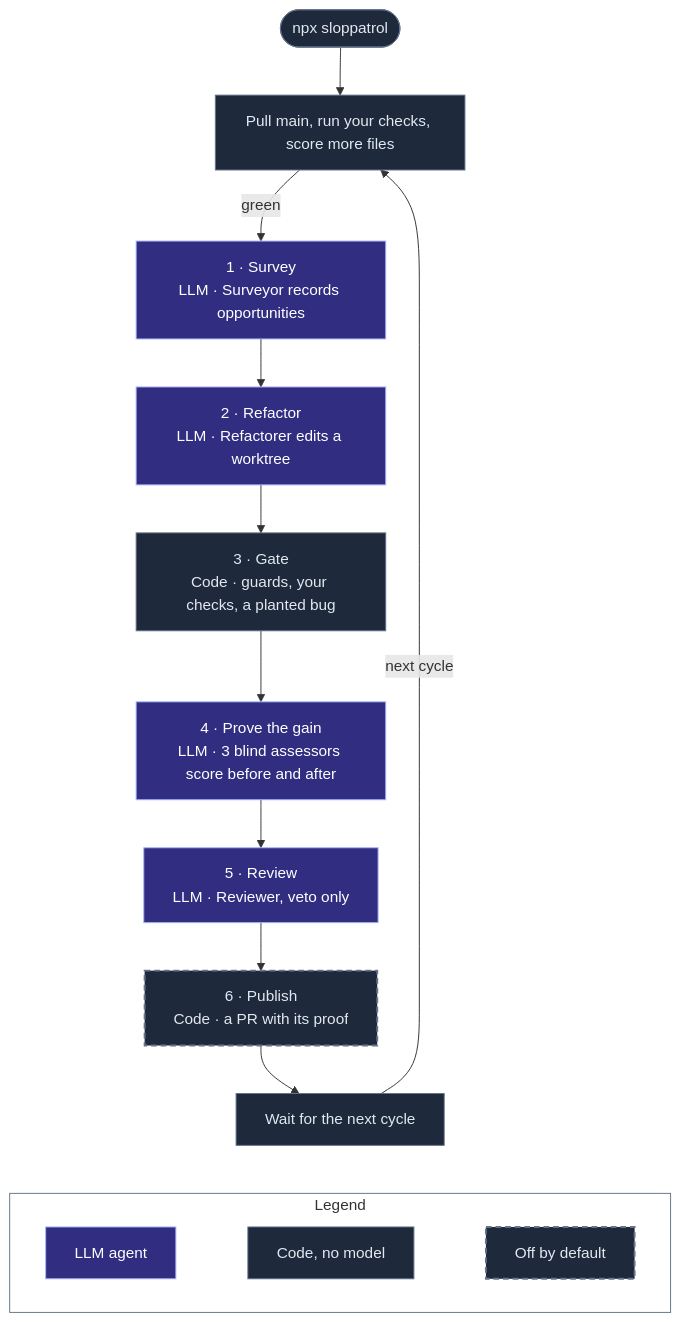
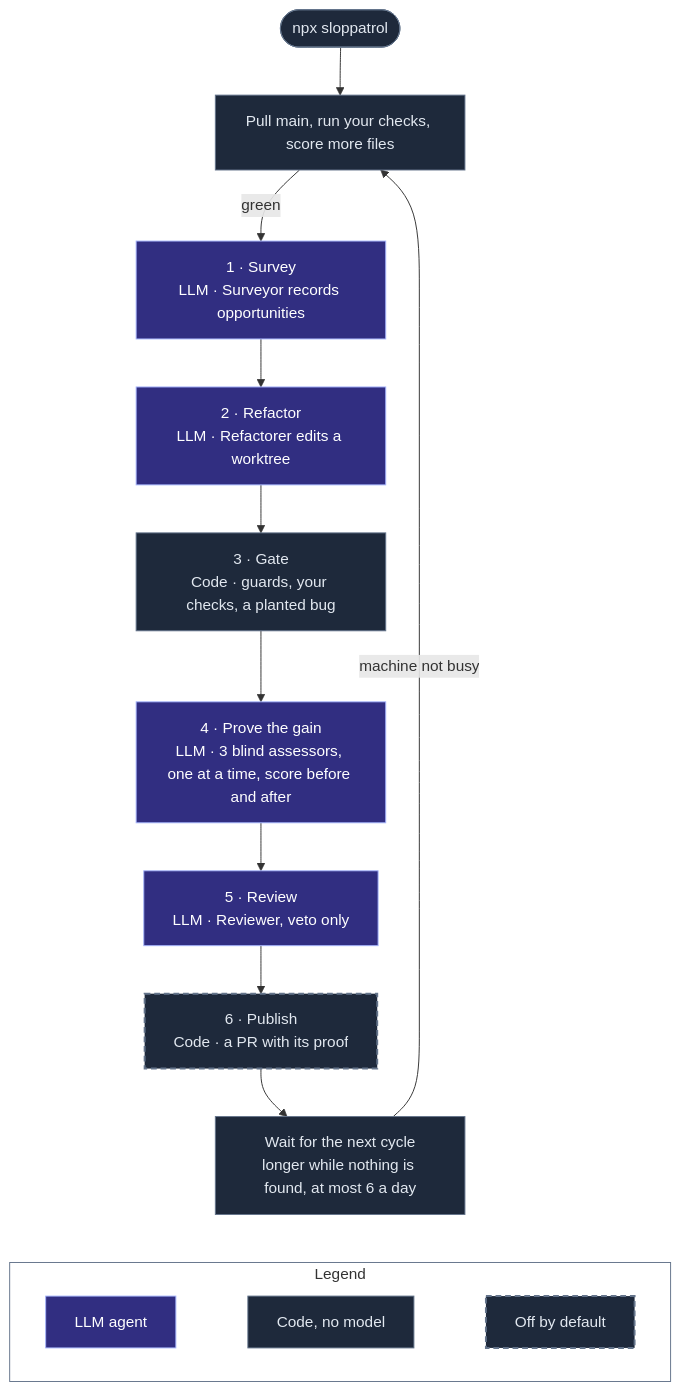
The diagram in README.md (agent-labs-dev/sloppatrol), drawn with Mermaid before and after one commit. The commit also changed other lines of this file and 7 other files, not shown here.

````diff
--- a/README.md
+++ b/README.md
@@ -29,26 +31,26 @@
 ```mermaid
 flowchart TB
   start(["npx sloppatrol"]) --> pull["Pull main, run your checks, score more files"]
   pull -->|green| survey["1 · Survey<br/>LLM · Surveyor records opportunities"]
   survey --> refactor["2 · Refactor<br/>LLM · Refactorer edits a worktree"]
   refactor --> gate["3 · Gate<br/>Code · guards, your checks, a planted bug"]
-  gate --> assess["4 · Prove the gain<br/>LLM · 3 blind assessors score before and after"]
+  gate --> assess["4 · Prove the gain<br/>LLM · 3 blind assessors, one at a time, score before and after"]
   assess --> review["5 · Review<br/>LLM · Reviewer, veto only"]
   review --> publish["6 · Publish<br/>Code · a PR with its proof"]
-  publish --> wait["Wait for the next cycle"]
-  wait -->|"next cycle"| pull
+  publish --> wait["Wait for the next cycle<br/>longer while nothing is found, at most 6 a day"]
+  wait -->|"machine not busy"| pull
 
   subgraph legend ["Legend"]
     direction LR
     l1["LLM agent"] ~~~ l3["Code, no model"] ~~~ l4["Off by default"]
   end
   wait ~~~ legend
 
   classDef llm fill:#312e81,stroke:#a5b4fc,color:#ffffff
   classDef code fill:#1e293b,stroke:#64748b,color:#e2e8f0
   classDef opt fill:#1e293b,stroke:#64748b,color:#e2e8f0,stroke-width:2px,stroke-dasharray:6 4
   class survey,refactor,assess,review,l1 llm
   class start,pull,gate,wait,l3 code
   class publish,l4 opt
   style legend fill:transparent,stroke:#64748b
 ```
````
